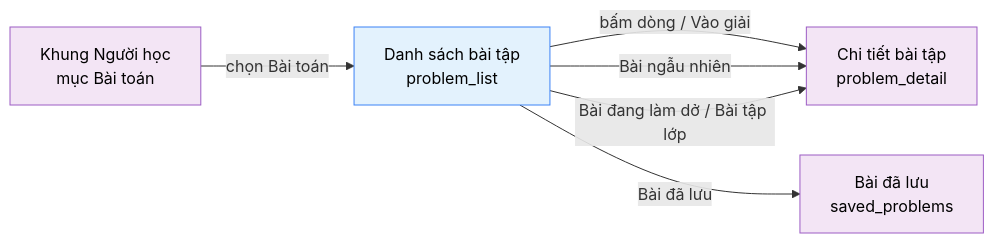
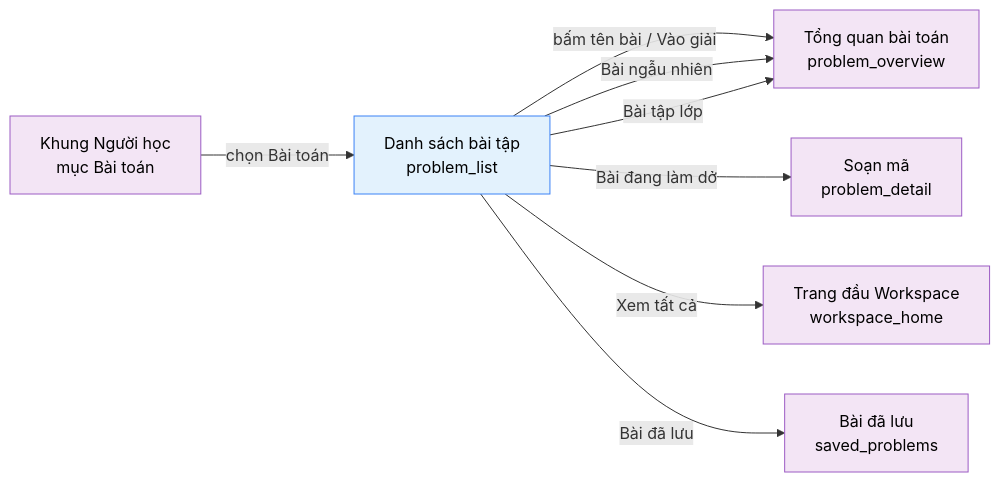
The diagram in 02-bd/screens/users/USR0101_problem_list.md (daiphu1801/PRJ_ALGOPREP), drawn with Mermaid before and after one commit. The commit also changed other lines of this file and 290 other files, not shown here.

````diff
--- a/02-bd/screens/users/USR0101_problem_list.md
+++ b/02-bd/screens/users/USR0101_problem_list.md
@@ -155,14 +171,15 @@
 ```mermaid
 flowchart LR
     nav["Khung Người học<br/>mục Bài toán"] -->|"chọn Bài toán"| main["Danh sách bài tập<br/>problem_list"]
-    main -->|"bấm dòng / Vào giải"| detail["Chi tiết bài tập<br/>problem_detail"]
-    main -->|"Bài ngẫu nhiên"| detail
-    main -->|"Bài đang làm dở / Bài tập lớp"| detail
+    main -->|"bấm tên bài / Vào giải"| overview["Tổng quan bài toán<br/>problem_overview"]
+    main -->|"Bài ngẫu nhiên"| overview
+    main -->|"Bài tập lớp"| overview
+    main -->|"Bài đang làm dở"| detail["Soạn mã<br/>problem_detail"]; main -->|"Xem tất cả"| wshome["Trang đầu Workspace<br/>workspace_home"]
     main -->|"Bài đã lưu"| saved["Bài đã lưu<br/>saved_problems"]
 
     classDef source fill:#F3E5F5,stroke:#9C5CC4,color:#000
     classDef screen fill:#E3F2FD,stroke:#3B82F6,color:#000
 
-    class nav,detail,saved source
+    class nav,overview,detail,saved,wshome source
     class main screen
 ```
````
